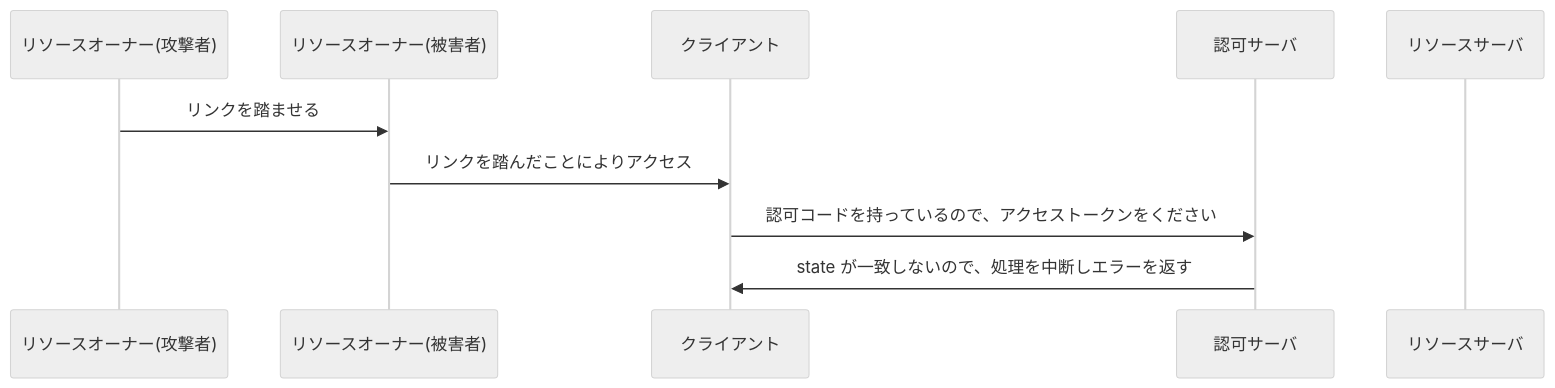
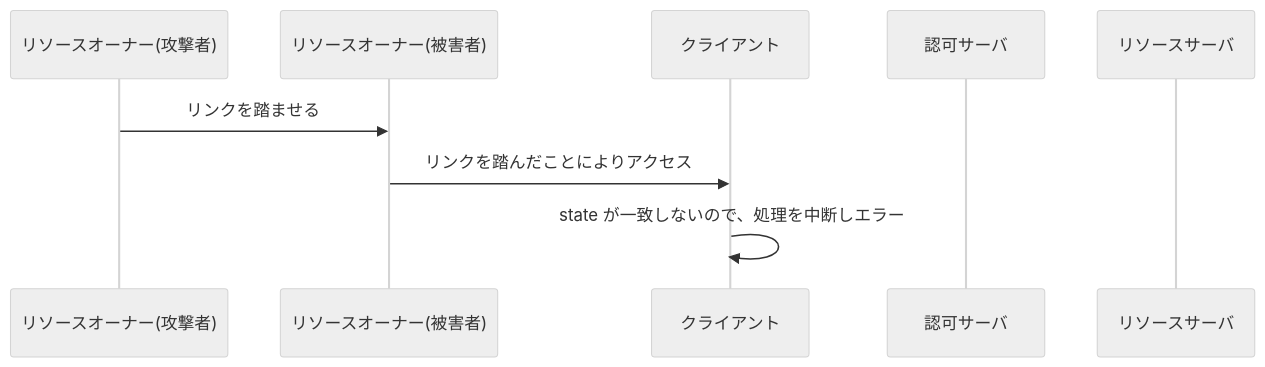
Before and after one commit to calloc134/zenn-dir: diagram 16 of 20 in articles/5e8da6c491e720.md, drawn with Mermaid (neutral theme). The commit also changed other lines of this file, not shown here.

````diff
--- a/articles/5e8da6c491e720.md
+++ b/articles/5e8da6c491e720.md
@@ -1183,13 +1210,12 @@
 ```mermaid
 sequenceDiagram
     participant リソースオーナー(攻撃者)
     participant リソースオーナー(被害者)
     participant クライアント
     participant 認可サーバ
     participant リソースサーバ
 
     リソースオーナー(攻撃者)->> リソースオーナー(被害者): リンクを踏ませる
     リソースオーナー(被害者)->> クライアント: リンクを踏んだことによりアクセス
-    クライアント->> 認可サーバ: 認可コードを持っているので、アクセストークンをください
-    認可サーバ->> クライアント: state が一致しないので、処理を中断しエラーを返す
+    クライアント->> クライアント: state が一致しないので、処理を中断しエラー
 ```
````
